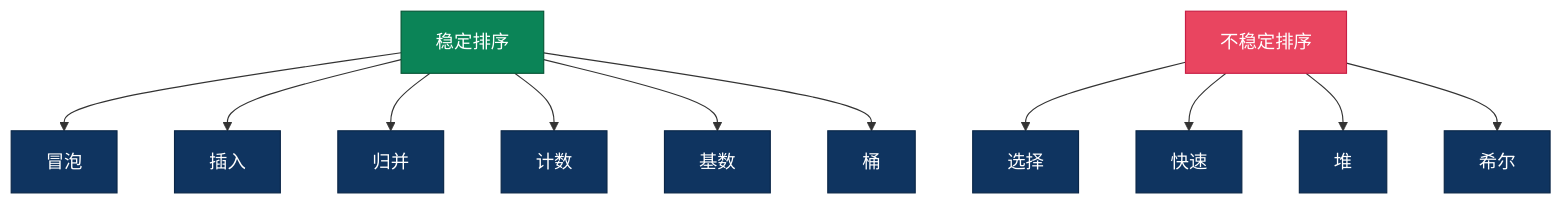
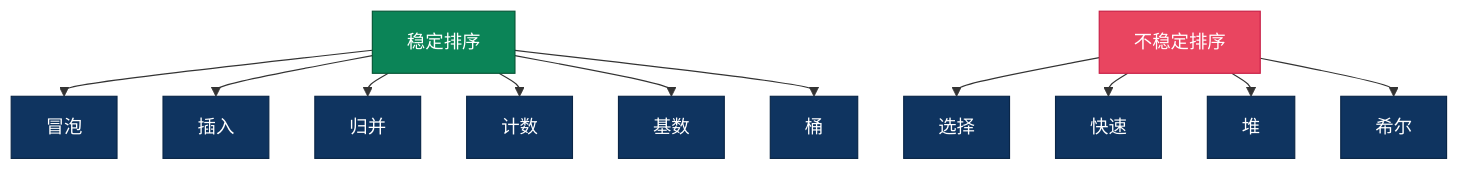
One commit to microwind/algorithms changed diagram 15 of 17 in sorting/README.md. Above: the diagram before and after it, drawn with Mermaid. The commit also changed other lines of this file and 3 other files, not shown here.

````diff
--- a/sorting/README.md
+++ b/sorting/README.md
@@ -525,13 +539,14 @@
 ```mermaid
+%%{init: {'flowchart': {'nodeSpacing': 40, 'rankSpacing': 20, 'padding': 15}}}%%
 graph TD
     STABLE["稳定排序"] --> SB["冒泡"] & SI["插入"] & SM["归并"] & SC["计数"] & SR["基数"] & SBK["桶"]
     UNSTABLE["不稳定排序"] --> US["选择"] & UQ["快速"] & UH["堆"] & USH["希尔"]
 
     classDef stab fill:#0b8457,color:#fff,stroke:#065535
     classDef unstab fill:#e94560,color:#fff,stroke:#c81e45
     classDef item fill:#0f3460,color:#fff,stroke:#0a2647
 
     class STABLE stab
     class UNSTABLE unstab
     class SB,SI,SM,SC,SR,SBK,US,UQ,UH,USH item
 ```
````
